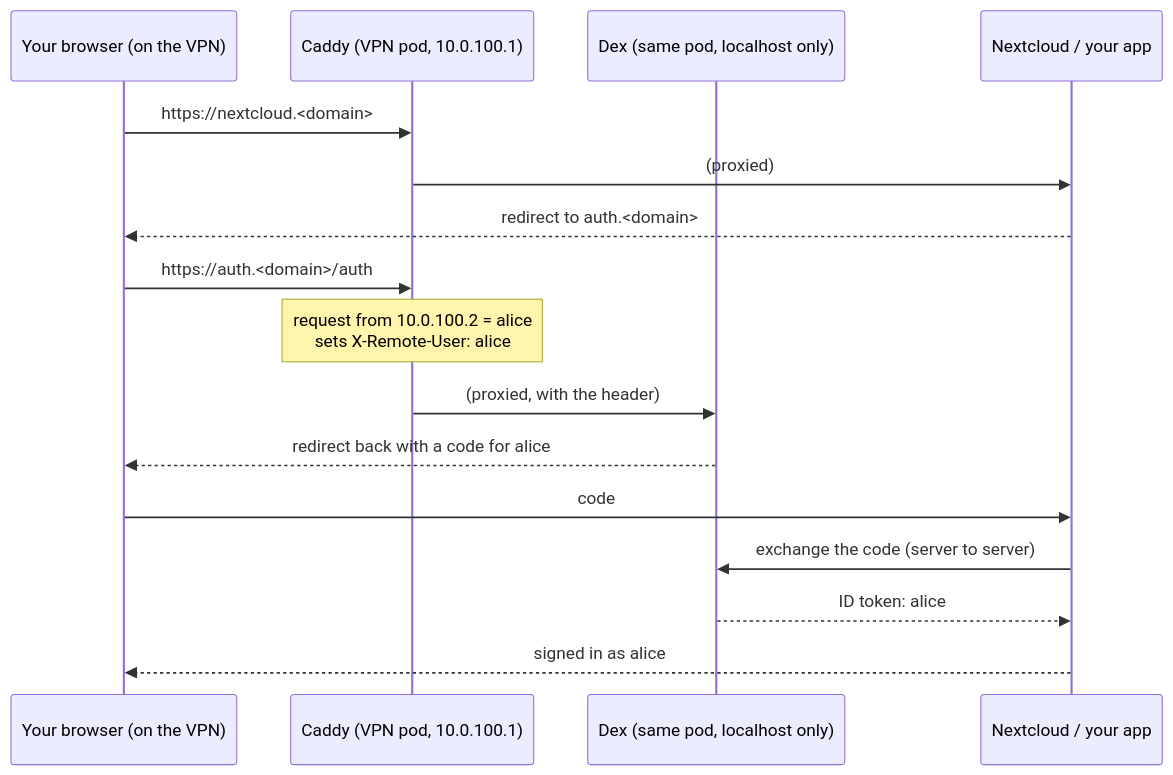
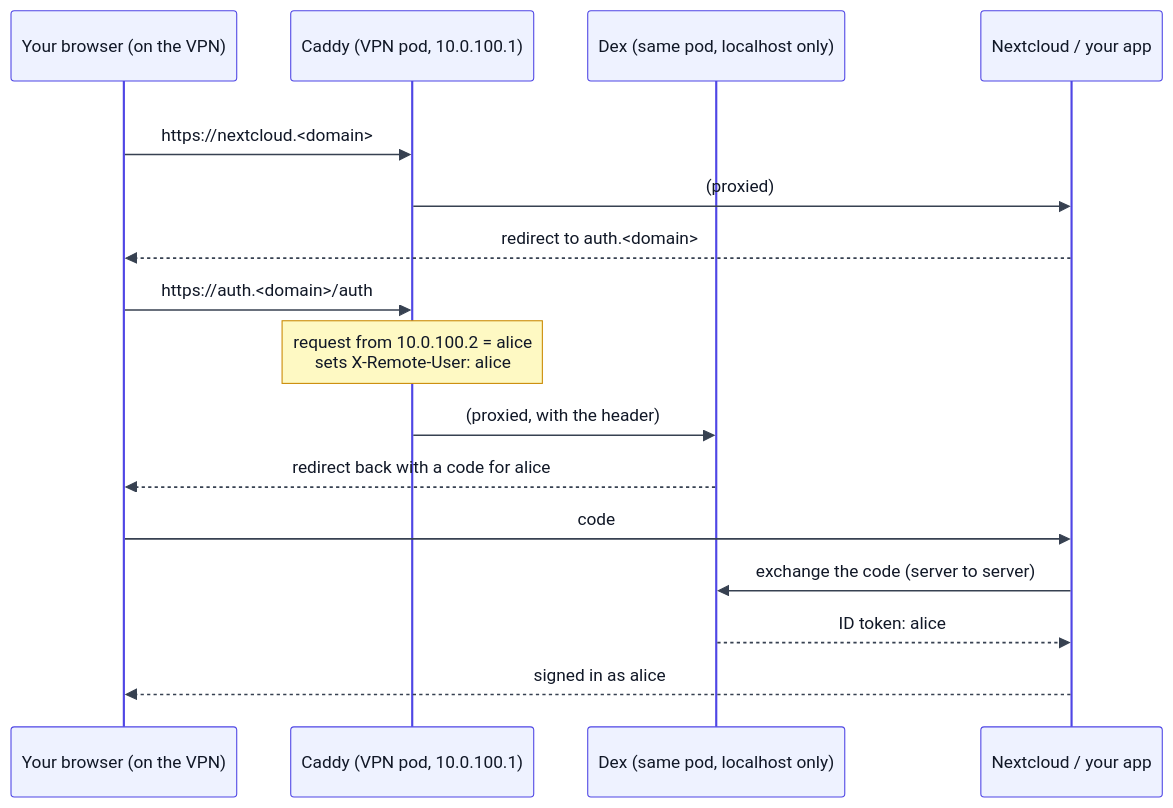
One commit to thatbagu/nixlab changed the diagram in docs/sso.md. Above: the diagram before and after it, drawn with Mermaid. The commit also changed other lines of this file and 25 other files, not shown here.

````diff
--- a/docs/sso.md
+++ b/docs/sso.md
@@ -7,18 +7,21 @@
 ```mermaid
+%%{init: {"theme": "base", "themeVariables": {"background": "#ffffff", "primaryColor": "#eef2ff", "primaryBorderColor": "#4f46e5", "primaryTextColor": "#111827", "actorTextColor": "#111827", "signalColor": "#374151", "signalTextColor": "#111827", "labelTextColor": "#111827", "noteBkgColor": "#fef9c3", "noteBorderColor": "#ca8a04", "noteTextColor": "#111827", "lineColor": "#374151"}}}%%
 sequenceDiagram
     participant B as Your browser (on the VPN)
     participant C as Caddy (VPN pod, 10.0.100.1)
     participant D as Dex (same pod, localhost only)
     participant A as Nextcloud / your app
+    rect rgb(255, 255, 255)
     B->>C: https://nextcloud.<domain>
     C->>A: (proxied)
     A-->>B: redirect to auth.<domain>
     B->>C: https://auth.<domain>/auth
     Note over C: request from 10.0.100.2 = alice<br/>sets X-Remote-User: alice
     C->>D: (proxied, with the header)
     D-->>B: redirect back with a code for alice
     B->>A: code
     A->>D: exchange the code (server to server)
     D-->>A: ID token: alice
     A-->>B: signed in as alice
+    end
 ```
````
